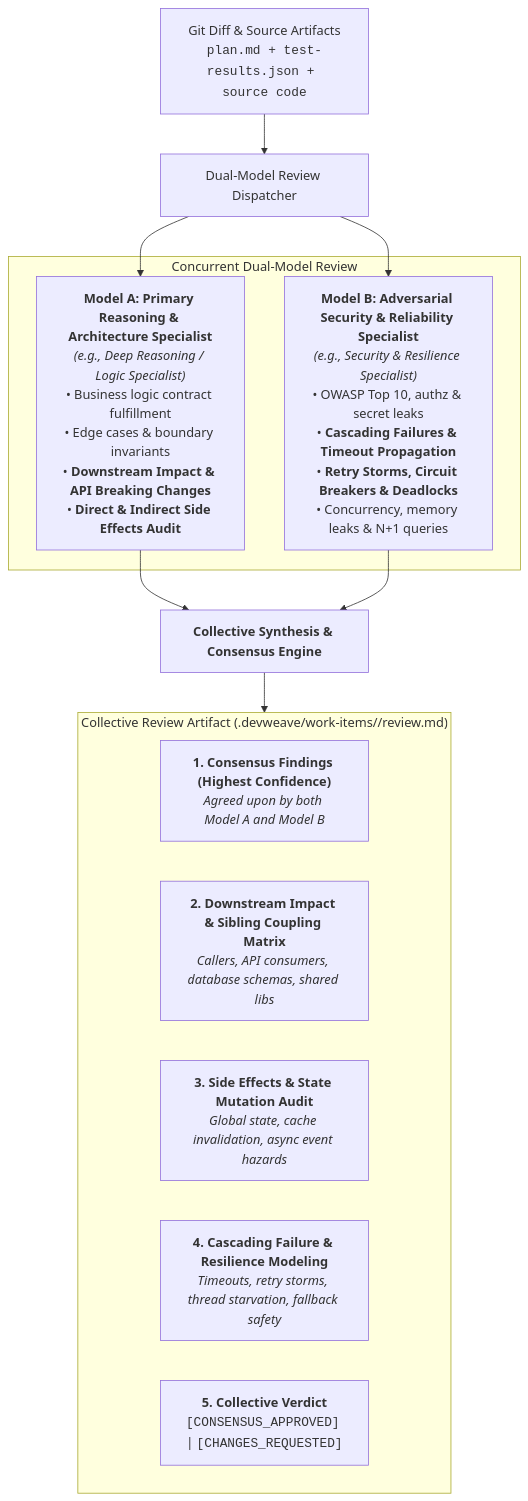
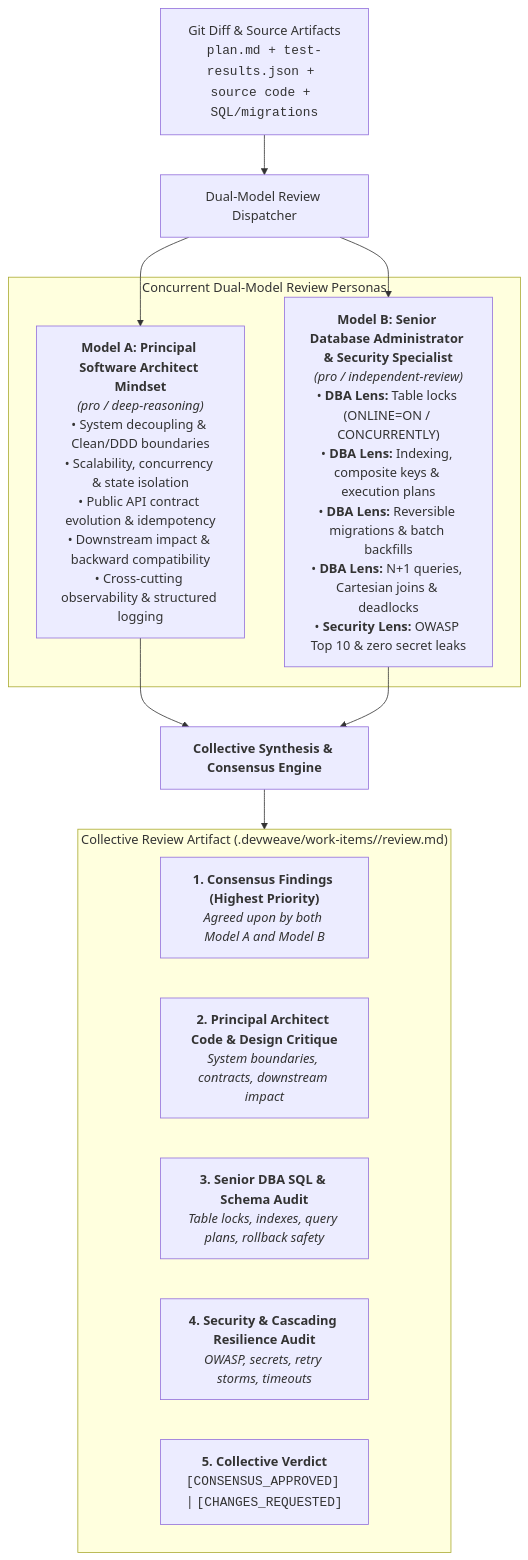
The diagram in spec/specification/dual-model-review.md (paarthivnaik/DevWeave), drawn with Mermaid before and after one commit. The commit also changed other lines of this file and 3 other files, not shown here.

Commit message:
feat(review): formalize Principal Software Architect and Senior DBA reviewer personas in dual-model review

````diff
--- a/spec/specification/dual-model-review.md
+++ b/spec/specification/dual-model-review.md
@@ -9,25 +11,25 @@
 ```mermaid
 flowchart TD
-    DIFF["Git Diff & Source Artifacts<br><code>plan.md + test-results.json + source code</code>"] --> DISPATCH["Dual-Model Review Dispatcher"]
+    DIFF["Git Diff & Source Artifacts<br><code>plan.md + test-results.json + source code + SQL/migrations</code>"] --> DISPATCH["Dual-Model Review Dispatcher"]
 
-    subgraph DUAL_MODELS["Concurrent Dual-Model Review"]
-        MA["<b>Model A: Primary Reasoning & Architecture Specialist</b><br><i>(e.g., Deep Reasoning / Logic Specialist)</i><br>• Business logic contract fulfillment<br>• Edge cases & boundary invariants<br>• <b>Downstream Impact & API Breaking Changes</b><br>• <b>Direct & Indirect Side Effects Audit</b>"]
-        MB["<b>Model B: Adversarial Security & Reliability Specialist</b><br><i>(e.g., Security & Resilience Specialist)</i><br>• OWASP Top 10, authz & secret leaks<br>• <b>Cascading Failures & Timeout Propagation</b><br>• <b>Retry Storms, Circuit Breakers & Deadlocks</b><br>• Concurrency, memory leaks & N+1 queries"]
+    subgraph DUAL_MODELS["Concurrent Dual-Model Review Personas"]
+        MA["<b>Model A: Principal Software Architect Mindset</b><br><i>(pro / deep-reasoning)</i><br>• System decoupling & Clean/DDD boundaries<br>• Scalability, concurrency & state isolation<br>• Public API contract evolution & idempotency<br>• Downstream impact & backward compatibility<br>• Cross-cutting observability & structured logging"]
+        MB["<b>Model B: Senior Database Administrator & Security Specialist</b><br><i>(pro / independent-review)</i><br>• <b>DBA Lens:</b> Table locks (ONLINE=ON / CONCURRENTLY)<br>• <b>DBA Lens:</b> Indexing, composite keys & execution plans<br>• <b>DBA Lens:</b> Reversible migrations & batch backfills<br>• <b>DBA Lens:</b> N+1 queries, Cartesian joins & deadlocks<br>• <b>Security Lens:</b> OWASP Top 10 & zero secret leaks"]
     end
 
     DISPATCH --> MA
     DISPATCH --> MB
 
     MA --> SYNTH["<b>Collective Synthesis & Consensus Engine</b>"]
     MB --> SYNTH
 
     subgraph OUTPUT["Collective Review Artifact (.devweave/work-items/<ID>/review.md)"]
-        CONF["<b>1. Consensus Findings (Highest Confidence)</b><br><i>Agreed upon by both Model A and Model B</i>"]
-        IMPACT["<b>2. Downstream Impact & Sibling Coupling Matrix</b><br><i>Callers, API consumers, database schemas, shared libs</i>"]
-        EFFECTS["<b>3. Side Effects & State Mutation Audit</b><br><i>Global state, cache invalidation, async event hazards</i>"]
-        CASCADE["<b>4. Cascading Failure & Resilience Modeling</b><br><i>Timeouts, retry storms, thread starvation, fallback safety</i>"]
+        CONF["<b>1. Consensus Findings (Highest Priority)</b><br><i>Agreed upon by both Model A and Model B</i>"]
+        ARCH["<b>2. Principal Architect Code & Design Critique</b><br><i>System boundaries, contracts, downstream impact</i>"]
+        DBA["<b>3. Senior DBA SQL & Schema Audit</b><br><i>Table locks, indexes, query plans, rollback safety</i>"]
+        SEC["<b>4. Security & Cascading Resilience Audit</b><br><i>OWASP, secrets, retry storms, timeouts</i>"]
         DECISION["<b>5. Collective Verdict</b><br><code>[CONSENSUS_APPROVED]</code> | <code>[CHANGES_REQUESTED]</code>"]
     end
 
     SYNTH --> OUTPUT
 ```
````
